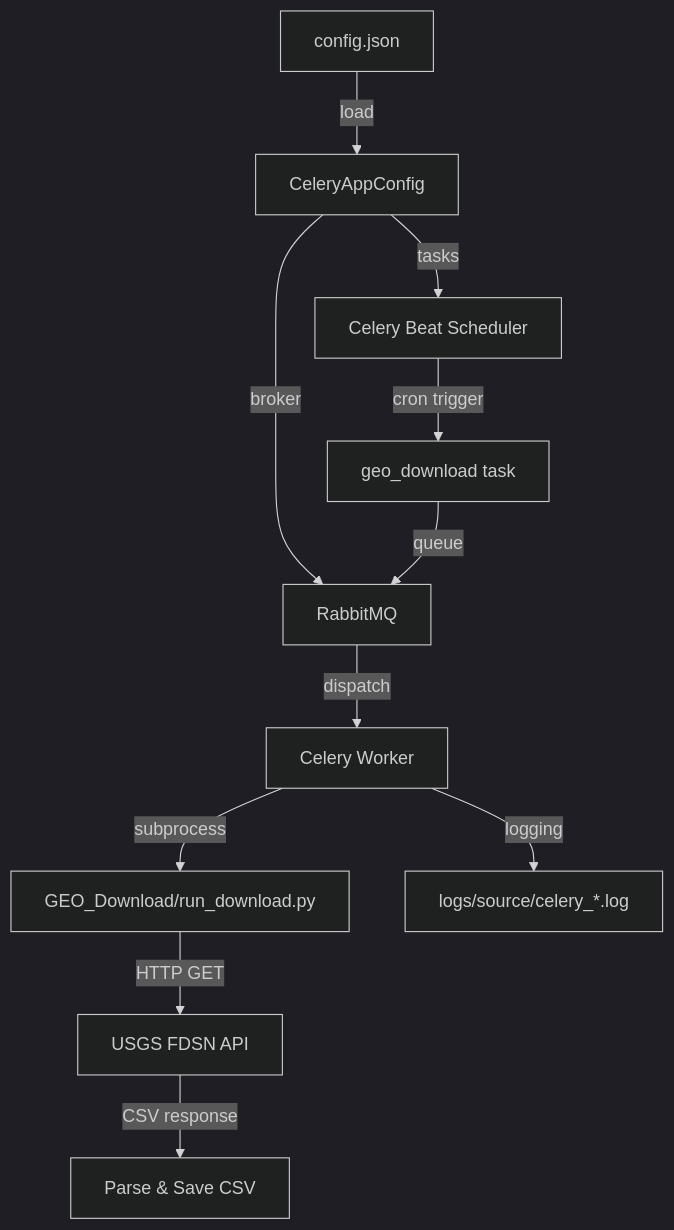
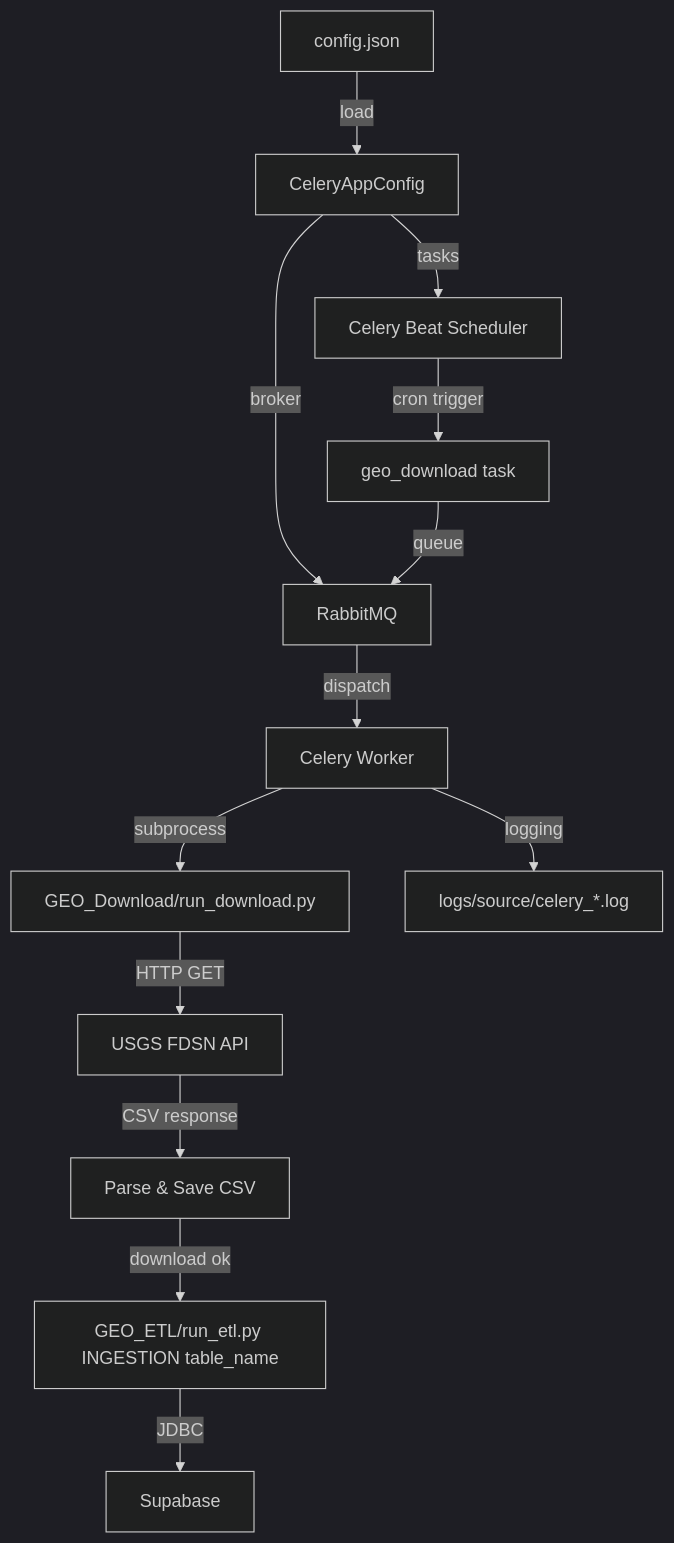
The diagram in README.md (kaluzny1995/GEO_E2E), drawn with Mermaid (dark theme) before and after one commit. The commit also changed other lines of this file and 5 other files, not shown here.

````diff
--- a/README.md
+++ b/README.md
@@ -27,13 +28,15 @@
 ```mermaid
 flowchart TD
     A[config.json] -->|load| B[CeleryAppConfig]
     B -->|broker| C[RabbitMQ]
     B -->|tasks| D[Celery Beat Scheduler]
     D -->|cron trigger| E[geo_download task]
     E -->|queue| C
     C -->|dispatch| F[Celery Worker]
     F -->|subprocess| G[GEO_Download/run_download.py]
     G -->|HTTP GET| H[USGS FDSN API]
     H -->|CSV response| I[Parse & Save CSV]
+    I -->|download ok| K[GEO_ETL/run_etl.py INGESTION table_name]
+    K -->|JDBC| L[Supabase]
     F -->|logging| J[logs/source/celery_*.log]
 ```
````
